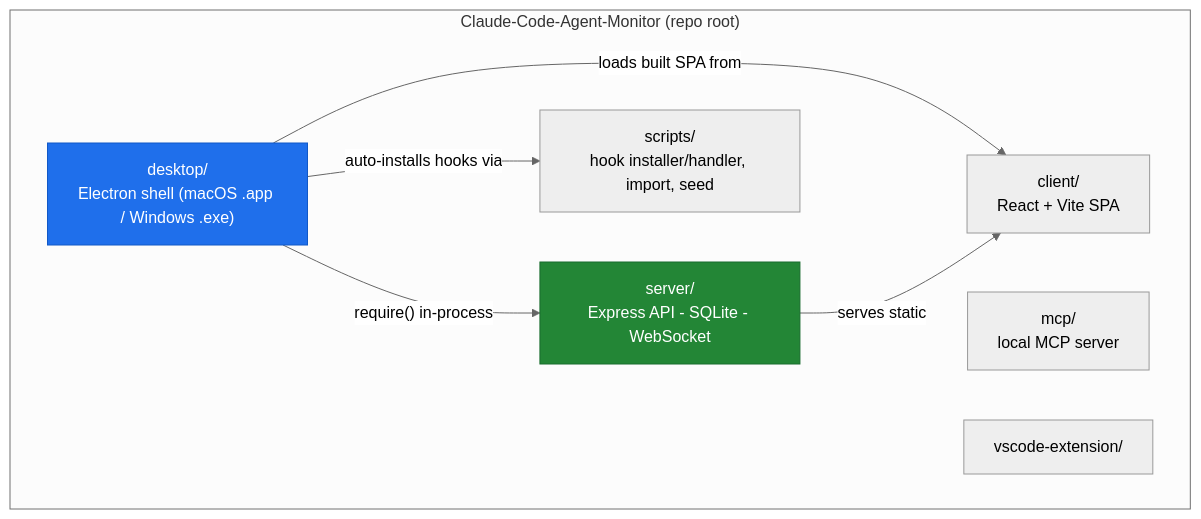
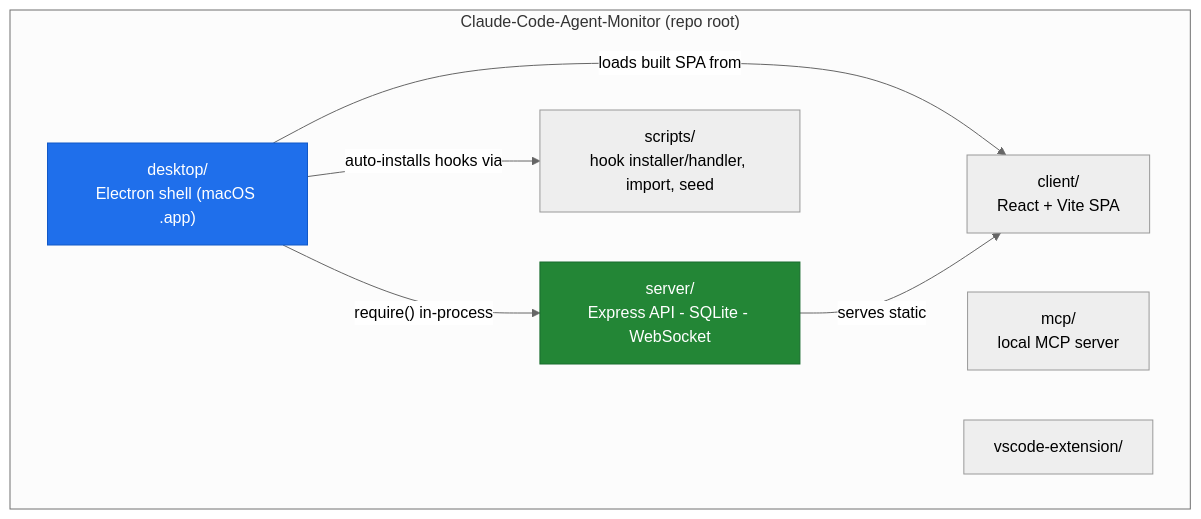
One commit to buluma/Code-Agent-Monitor changed diagram 15 of 24 in README-VN.md. Above: the diagram before and after it, drawn with Mermaid (neutral theme). The commit also changed other lines of this file and 27 other files, not shown here.

First line of the commit message:
feat(desktop): drop Windows support, macOS-only Electron app (#3)

````diff
--- a/README-VN.md
+++ b/README-VN.md
@@ -1481,19 +1468,19 @@
 ```mermaid
 flowchart TD
     subgraph repo["Claude-Code-Agent-Monitor (repo root)"]
         server["server/<br/>Express API - SQLite - WebSocket"]
         client["client/<br/>React + Vite SPA"]
         scripts["scripts/<br/>hook installer/handler, import, seed"]
         mcp["mcp/<br/>local MCP server"]
         vscode["vscode-extension/"]
-        desktop["desktop/<br/>Electron shell (macOS .app / Windows .exe)"]
+        desktop["desktop/<br/>Electron shell (macOS .app)"]
     end
 
     desktop -- "require() in-process" --> server
     desktop -- "loads built SPA from" --> client
     desktop -- "auto-installs hooks via" --> scripts
     server -- "serves static" --> client
 
     style desktop fill:#1f6feb,stroke:#1158c7,color:#fff
     style server fill:#238636,stroke:#196c2e,color:#fff
 ```
````
